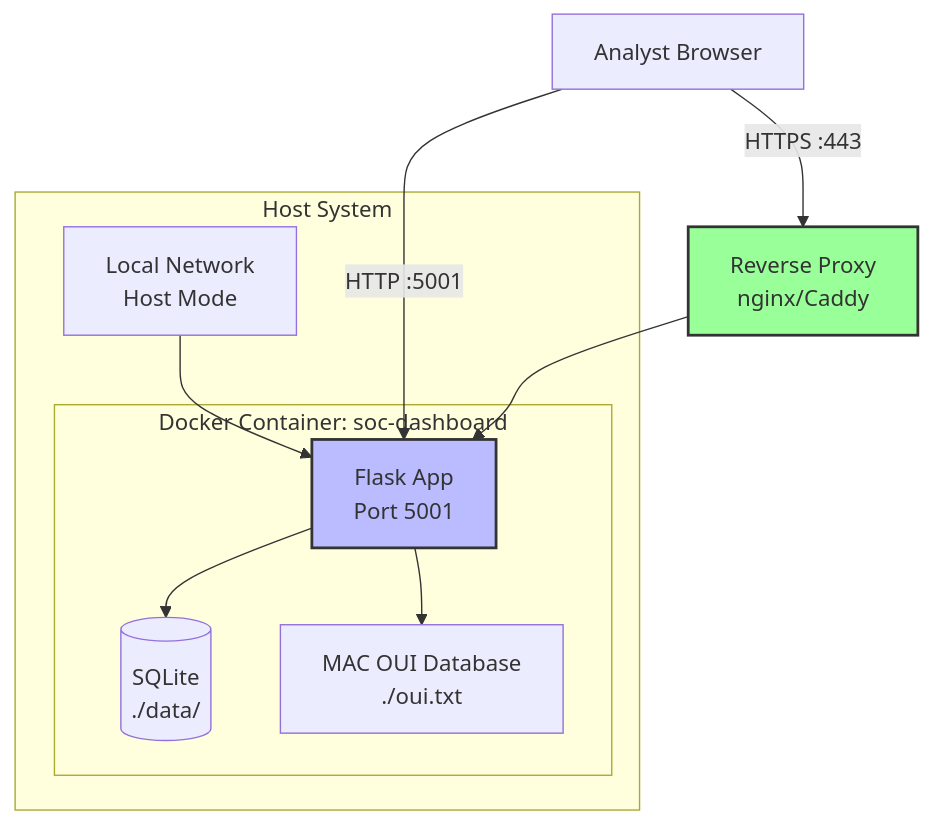
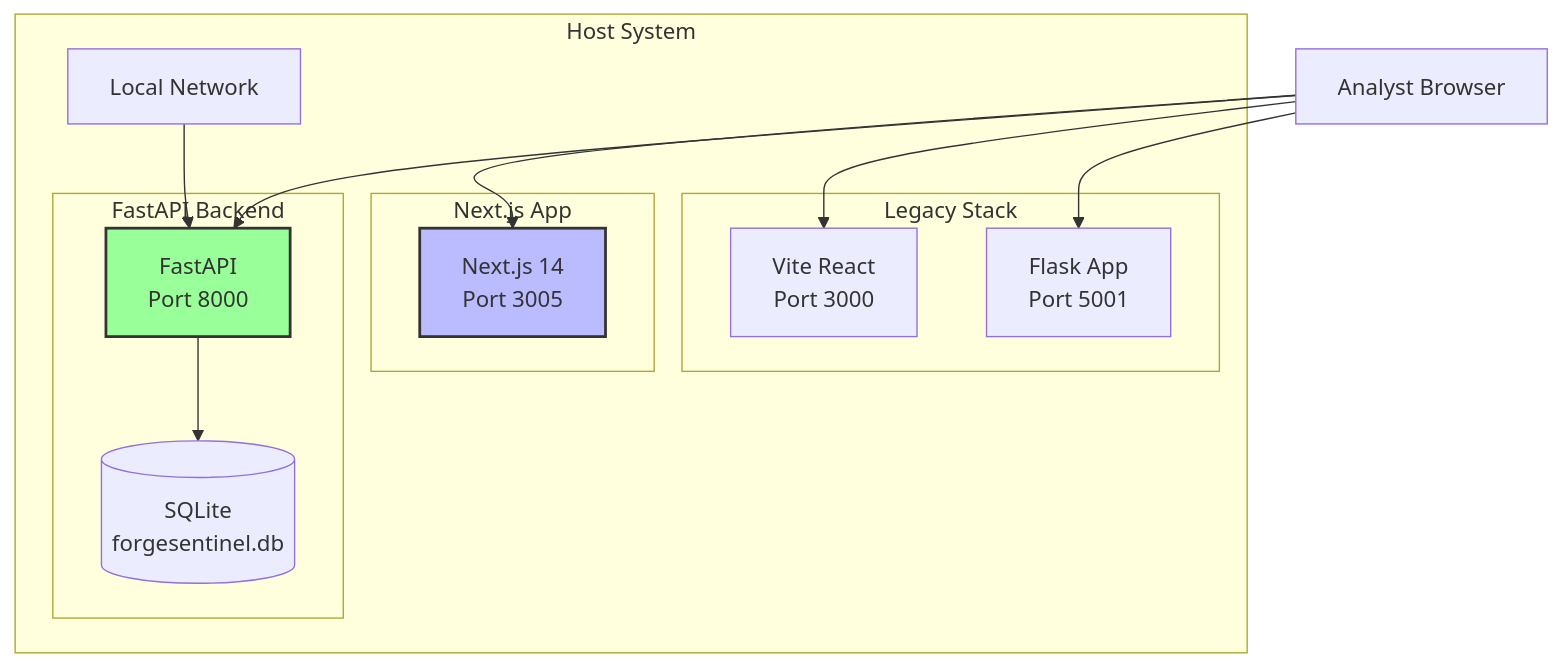
Before and after one commit to AngelP17/Security-Operations-Center-SOC-: the diagram in DOCKER_DEPLOYMENT.md, drawn with Mermaid. The commit also changed other lines of this file and 4 other files, not shown here.

Commit message:
docs: update README, ARCHITECTURE, DOCKER_DEPLOYMENT, and ui-overhaul with scan control center, evidence routes, lint/build info

````diff
--- a/DOCKER_DEPLOYMENT.md
+++ b/DOCKER_DEPLOYMENT.md
@@ -44,21 +11,29 @@
 ```mermaid
 graph TB
     subgraph "Host System"
-        subgraph "Docker Container: soc-dashboard"
-            App[Flask App<br/>Port 5001]
-            DB[(SQLite<br/>./data/)]
-            OUI[MAC OUI Database<br/>./oui.txt]
-            App --> DB
-            App --> OUI
+        subgraph "Next.js App"
+            UI[Next.js 14<br/>Port 3005]
         end
 
-        Network[Local Network<br/>Host Mode] --> App
+        subgraph "FastAPI Backend"
+            API[FastAPI<br/>Port 8000]
+            ORM[(SQLite<br/>forgesentinel.db)]
+            API --> ORM
+        end
+
+        subgraph "Legacy Stack"
+            VITE[Vite React<br/>Port 3000]
+            FLASK[Flask App<br/>Port 5001]
+        end
+
+        Network[Local Network] --> API
     end
 
-    User[Analyst Browser] -->|HTTP :5001| App
-    User -->|HTTPS :443| Proxy[Reverse Proxy<br/>nginx/Caddy]
-    Proxy --> App
+    Browser[Analyst Browser] --> UI
+    Browser --> API
+    Browser --> VITE
+    Browser --> FLASK
 
-    style App fill:#bbf,stroke:#333,stroke-width:2px
-    style Proxy fill:#9f9,stroke:#333,stroke-width:2px
+    style UI fill:#bbf,stroke:#333,stroke-width:2px
+    style API fill:#9f9,stroke:#333,stroke-width:2px
 ```
````
